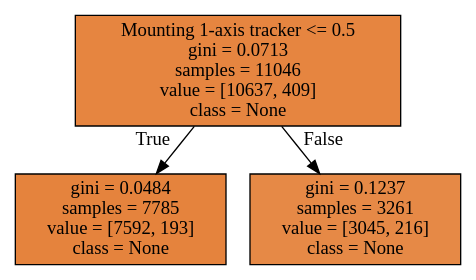
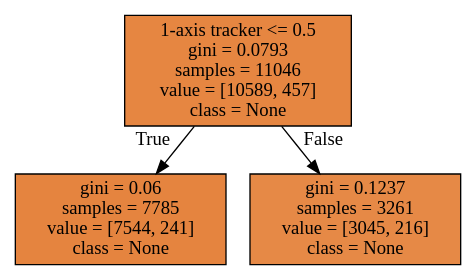
One commit to hackingmaterials/duramat changed the diagram in degradation_modes/output/Cause Fractured cells.dot. Above: the diagram before and after it, drawn with Graphviz. The commit also changed 22 other files, not shown here.

```diff
--- a/degradation_modes/output/Cause Fractured cells.dot
+++ b/degradation_modes/output/Cause Fractured cells.dot
@@ -1,8 +1,8 @@
 digraph Tree {
 node [shape=box, style="filled", color="black"] ;
-0 [label="Mounting 1-axis tracker <= 0.5\ngini = 0.0713\nsamples = 11046\nvalue = [10637, 409]\nclass = None", fillcolor="#e58139f5"] ;
-1 [label="gini = 0.0484\nsamples = 7785\nvalue = [7592, 193]\nclass = None", fillcolor="#e58139f9"] ;
+0 [label="1-axis tracker <= 0.5\ngini = 0.0793\nsamples = 11046\nvalue = [10589, 457]\nclass = None", fillcolor="#e58139f4"] ;
+1 [label="gini = 0.06\nsamples = 7785\nvalue = [7544, 241]\nclass = None", fillcolor="#e58139f7"] ;
 0 -> 1 [labeldistance=2.5, labelangle=45, headlabel="True"] ;
 2 [label="gini = 0.1237\nsamples = 3261\nvalue = [3045, 216]\nclass = None", fillcolor="#e58139ed"] ;
 0 -> 2 [labeldistance=2.5, labelangle=-45, headlabel="False"] ;
 }
```
